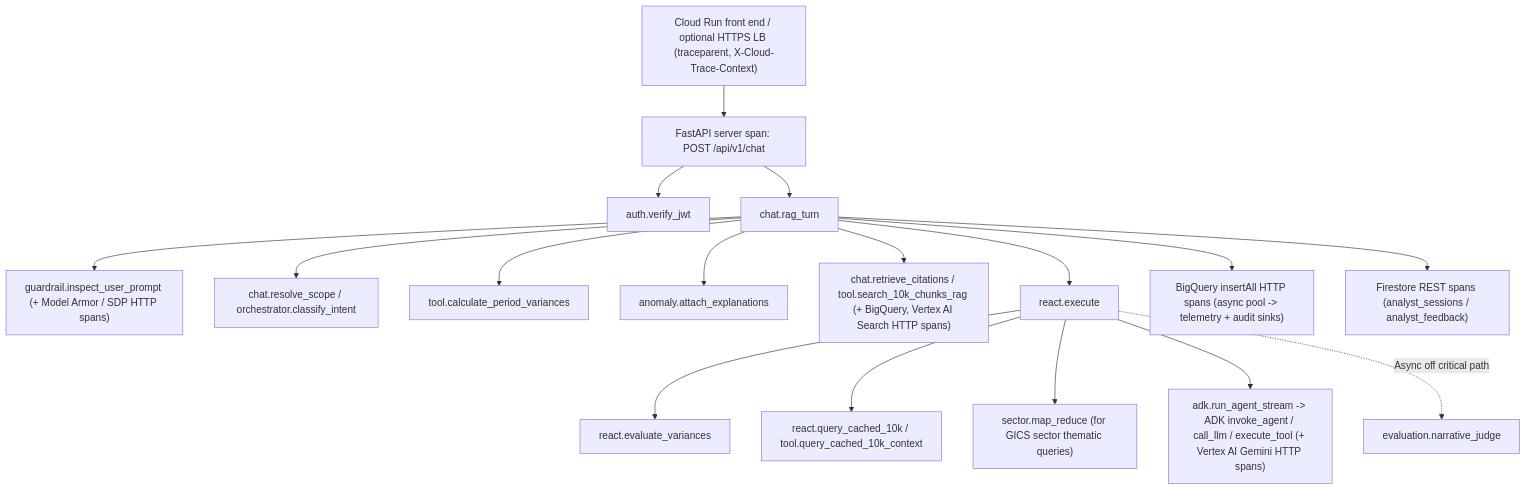
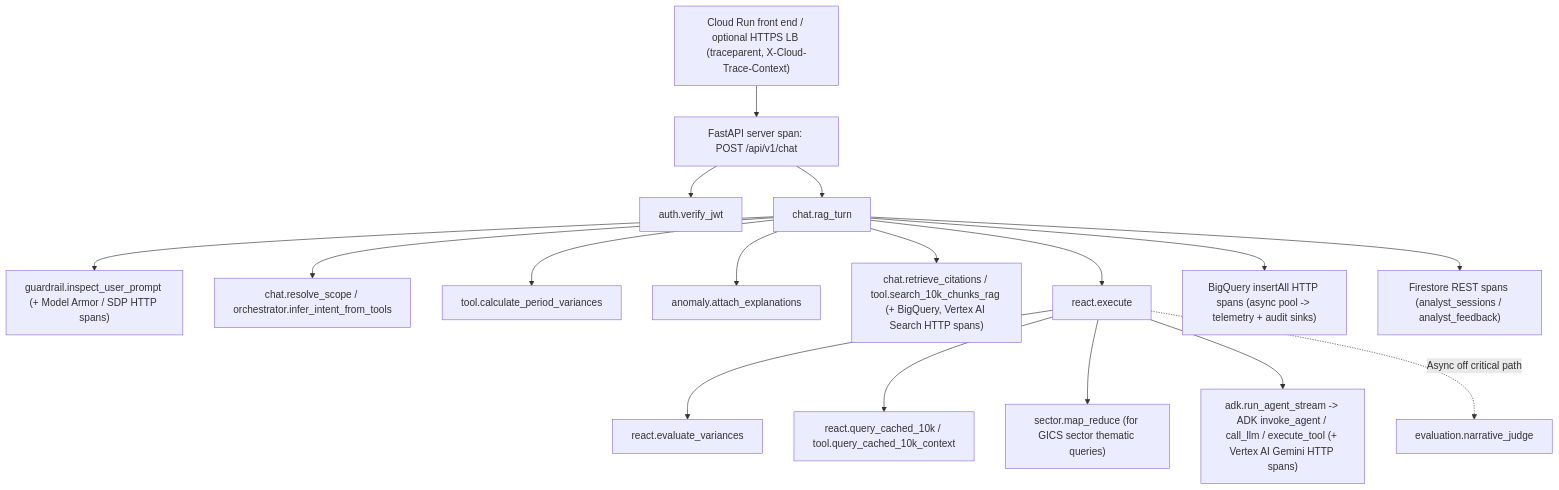
Before and after one commit to jackbetcher-work/edgar_capstone: the diagram in docs/observability.md, drawn with Mermaid. The commit also changed other lines of this file and 87 other files, not shown here.

````diff
--- a/docs/observability.md
+++ b/docs/observability.md
@@ -15,19 +17,19 @@
 ```mermaid
 flowchart TD
     LB["Cloud Run front end / optional HTTPS LB (traceparent, X-Cloud-Trace-Context)"] --> S["FastAPI server span: POST /api/v1/chat"]
     S --> A["auth.verify_jwt"]
     S --> T["chat.rag_turn"]
     T --> G["guardrail.inspect_user_prompt (+ Model Armor / SDP HTTP spans)"]
-    T --> R["chat.resolve_scope / orchestrator.classify_intent"]
+    T --> R["chat.resolve_scope / orchestrator.infer_intent_from_tools"]
     T --> V["tool.calculate_period_variances"]
     T --> AN["anomaly.attach_explanations"]
     T --> C["chat.retrieve_citations / tool.search_10k_chunks_rag (+ BigQuery, Vertex AI Search HTTP spans)"]
     T --> X["react.execute"]
     X --> E["react.evaluate_variances"]
     X --> Q["react.query_cached_10k / tool.query_cached_10k_context"]
     X --> M["sector.map_reduce (for GICS sector thematic queries)"]
     X --> L["adk.run_agent_stream -> ADK invoke_agent / call_llm / execute_tool (+ Vertex AI Gemini HTTP spans)"]
     X -.->|Async off critical path| J["evaluation.narrative_judge"]
     T --> B["BigQuery insertAll HTTP spans (async pool -> telemetry + audit sinks)"]
     T --> FS["Firestore REST spans (analyst_sessions / analyst_feedback)"]
 ```
````
